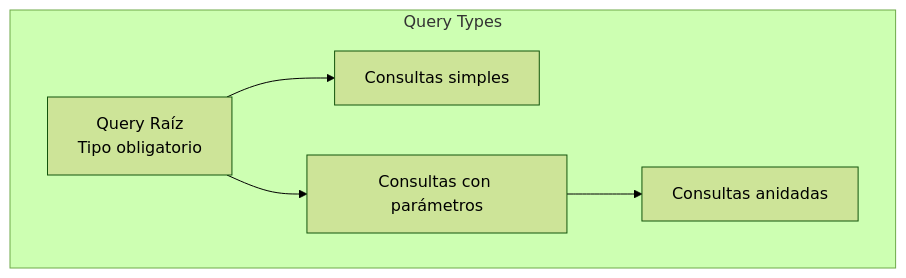
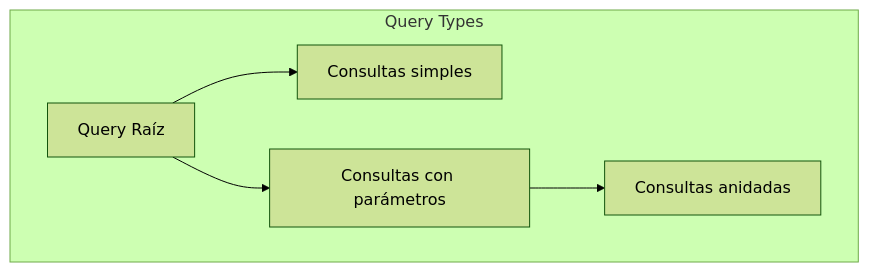
Before and after one commit to joseluisgs/TiendaDawApi-NetCore: the fourth of 10 diagrams in doc/20-graphql.md, drawn with Mermaid (forest theme). The commit also changed other lines of this file, not shown here.

Commit message:
docs: corregir diagramas Mermaid y añadir sección de autenticación con HotChocolate

````diff
--- a/doc/20-graphql.md
+++ b/doc/20-graphql.md
@@ -251,13 +551,13 @@
 ```mermaid
 flowchart TD
     subgraph "Query Types"
-        Q1[Query Raíz<br/>Tipo obligatorio]
+        Q1[Query Raíz]
         Q2[Consultas simples]
         Q3[Consultas con parámetros]
         Q4[Consultas anidadas]
     end
     
     Q1 --> Q2
     Q1 --> Q3
     Q3 --> Q4
 ```
````
